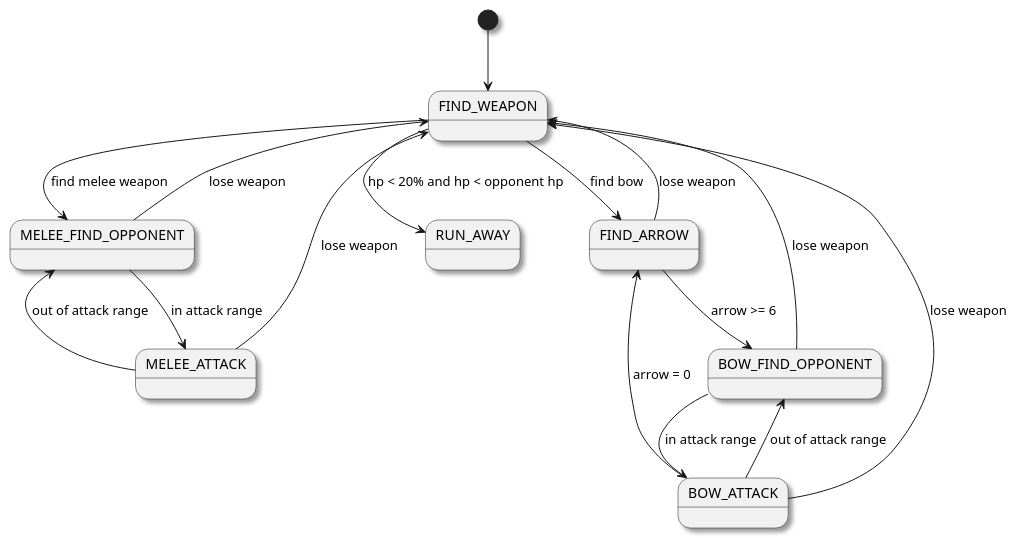
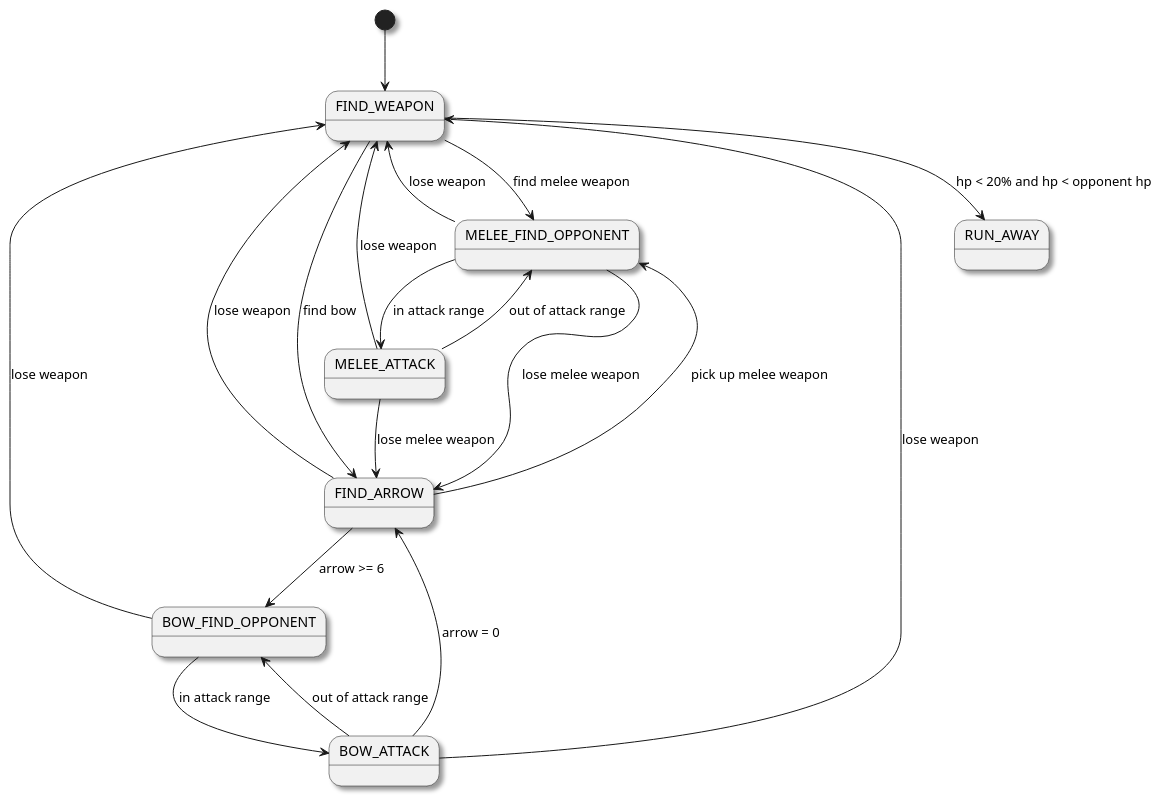
One commit to tingyunaiai9/The-Journey-of-Wizard changed the diagram in doc/AI_state.pu. Above: the diagram before and after it, drawn with PlantUML. The commit also changed 6 other files, not shown here.

```diff
--- a/doc/AI_state.pu
+++ b/doc/AI_state.pu
@@ -1,28 +1,32 @@
 @startuml
 
 skinparam shadowing true
 
 [*] --> FIND_WEAPON
 
 FIND_WEAPON --> MELEE_FIND_OPPONENT : find melee weapon
 FIND_WEAPON --> FIND_ARROW : find bow
 
 FIND_ARROW --> BOW_FIND_OPPONENT : arrow >= 6
+FIND_ARROW --> MELEE_FIND_OPPONENT : pick up melee weapon
 
 MELEE_FIND_OPPONENT --> MELEE_ATTACK : in attack range
 BOW_FIND_OPPONENT --> BOW_ATTACK : in attack range
 
 BOW_ATTACK --> FIND_ARROW : arrow = 0
 
 MELEE_ATTACK --> MELEE_FIND_OPPONENT : out of attack range
 BOW_ATTACK --> BOW_FIND_OPPONENT : out of attack range
+
+MELEE_FIND_OPPONENT --> FIND_ARROW : lose melee weapon
+MELEE_ATTACK --> FIND_ARROW : lose melee weapon
 
 FIND_ARROW --> FIND_WEAPON : lose weapon
 MELEE_FIND_OPPONENT --> FIND_WEAPON : lose weapon
 BOW_FIND_OPPONENT --> FIND_WEAPON : lose weapon
 MELEE_ATTACK --> FIND_WEAPON : lose weapon
 BOW_ATTACK --> FIND_WEAPON : lose weapon
 
 FIND_WEAPON --> RUN_AWAY : hp < 20% and hp < opponent hp
 
 @enduml
```
